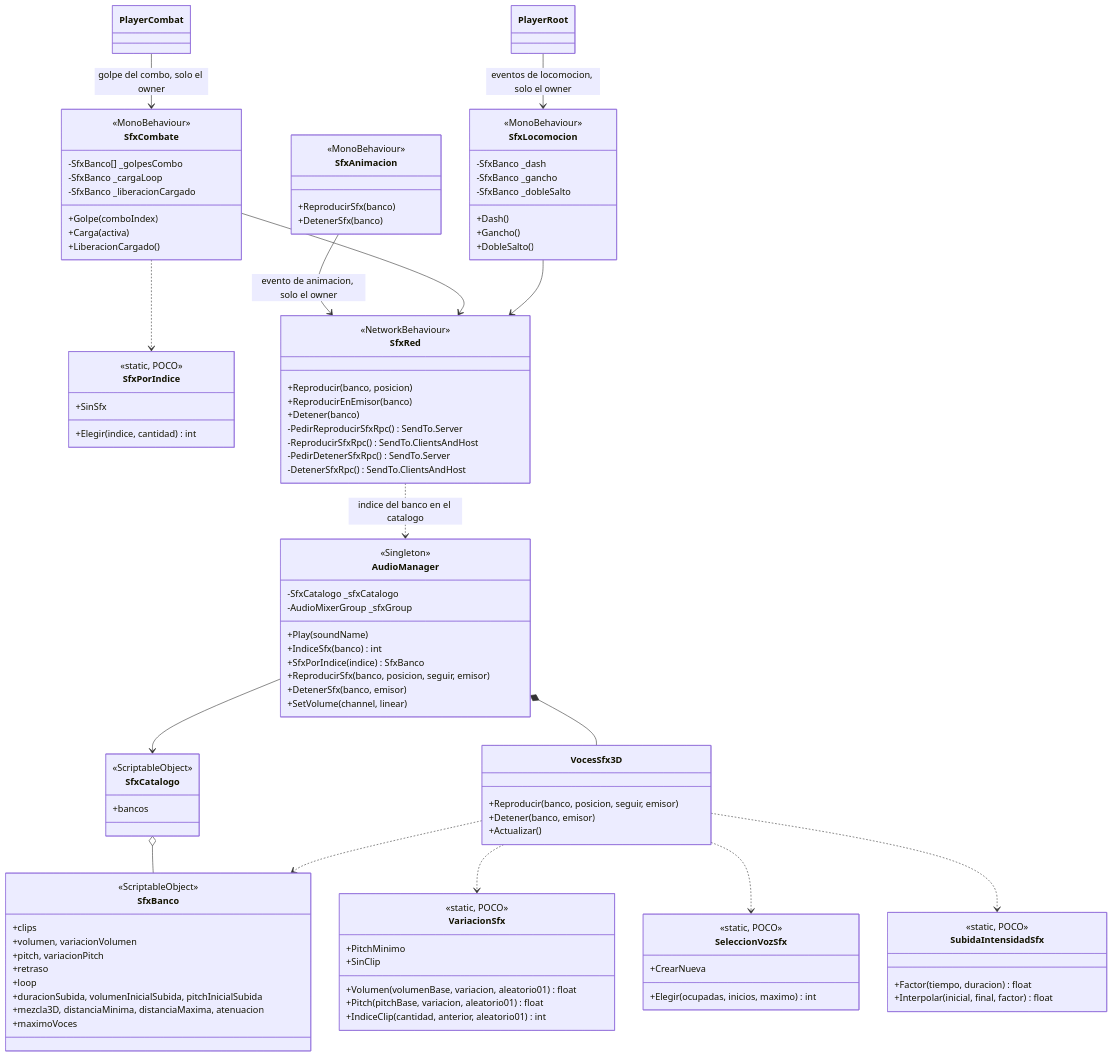
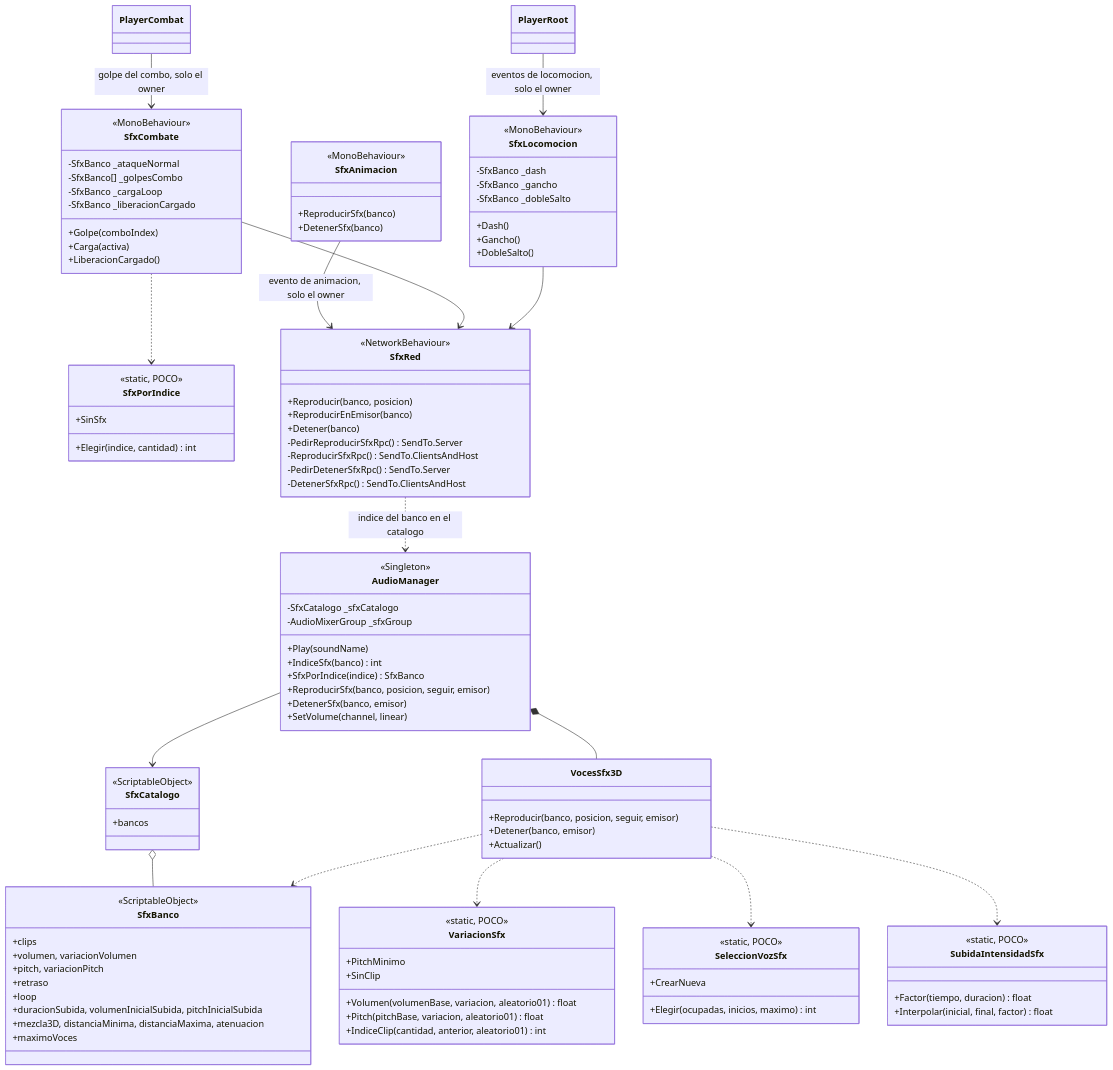
The diagram in docs/diagrams/audio.mermaid (VicBojoDev10/DeathOfMeaningRepo), drawn with Mermaid before and after one commit.

Commit message:
doc: add base swing sound to the audio diagram

```diff
--- a/docs/diagrams/audio.mermaid
+++ b/docs/diagrams/audio.mermaid
@@ -1,114 +1,115 @@
 classDiagram
     class VariacionSfx {
         <<static, POCO>>
         +PitchMinimo
         +SinClip
         +Volumen(volumenBase, variacion, aleatorio01) float
         +Pitch(pitchBase, variacion, aleatorio01) float
         +IndiceClip(cantidad, anterior, aleatorio01) int
     }
 
     class SeleccionVozSfx {
         <<static, POCO>>
         +CrearNueva
         +Elegir(ocupadas, inicios, maximo) int
     }
 
     class SfxPorIndice {
         <<static, POCO>>
         +SinSfx
         +Elegir(indice, cantidad) int
     }
 
     class SfxCombate {
         <<MonoBehaviour>>
+        -SfxBanco _ataqueNormal
         -SfxBanco[] _golpesCombo
         -SfxBanco _cargaLoop
         -SfxBanco _liberacionCargado
         +Golpe(comboIndex)
         +Carga(activa)
         +LiberacionCargado()
     }
 
     class SfxLocomocion {
         <<MonoBehaviour>>
         -SfxBanco _dash
         -SfxBanco _gancho
         -SfxBanco _dobleSalto
         +Dash()
         +Gancho()
         +DobleSalto()
     }
 
     class SubidaIntensidadSfx {
         <<static, POCO>>
         +Factor(tiempo, duracion) float
         +Interpolar(inicial, final, factor) float
     }
 
     class SfxBanco {
         <<ScriptableObject>>
         +clips
         +volumen, variacionVolumen
         +pitch, variacionPitch
         +retraso
         +loop
         +duracionSubida, volumenInicialSubida, pitchInicialSubida
         +mezcla3D, distanciaMinima, distanciaMaxima, atenuacion
         +maximoVoces
     }
 
     class SfxCatalogo {
         <<ScriptableObject>>
         +bancos
     }
 
     class AudioManager {
         <<Singleton>>
         -SfxCatalogo _sfxCatalogo
         -AudioMixerGroup _sfxGroup
         +Play(soundName)
         +IndiceSfx(banco) int
         +SfxPorIndice(indice) SfxBanco
         +ReproducirSfx(banco, posicion, seguir, emisor)
         +DetenerSfx(banco, emisor)
         +SetVolume(channel, linear)
     }
 
     class VocesSfx3D {
         +Reproducir(banco, posicion, seguir, emisor)
         +Detener(banco, emisor)
         +Actualizar()
     }
 
     class SfxRed {
         <<NetworkBehaviour>>
         +Reproducir(banco, posicion)
         +ReproducirEnEmisor(banco)
         +Detener(banco)
         -PedirReproducirSfxRpc() SendTo.Server
         -ReproducirSfxRpc() SendTo.ClientsAndHost
         -PedirDetenerSfxRpc() SendTo.Server
         -DetenerSfxRpc() SendTo.ClientsAndHost
     }
 
     class SfxAnimacion {
         <<MonoBehaviour>>
         +ReproducirSfx(banco)
         +DetenerSfx(banco)
     }
 
     SfxCatalogo o-- SfxBanco
     AudioManager --> SfxCatalogo
     AudioManager *-- VocesSfx3D
     VocesSfx3D ..> VariacionSfx
     VocesSfx3D ..> SeleccionVozSfx
     VocesSfx3D ..> SfxBanco
     SfxRed ..> AudioManager : indice del banco en el catalogo
     SfxAnimacion --> SfxRed : evento de animacion, solo el owner
     PlayerCombat --> SfxCombate : golpe del combo, solo el owner
     SfxCombate ..> SfxPorIndice
     SfxCombate --> SfxRed
     VocesSfx3D ..> SubidaIntensidadSfx
     PlayerRoot --> SfxLocomocion : eventos de locomocion, solo el owner
     SfxLocomocion --> SfxRed
```
